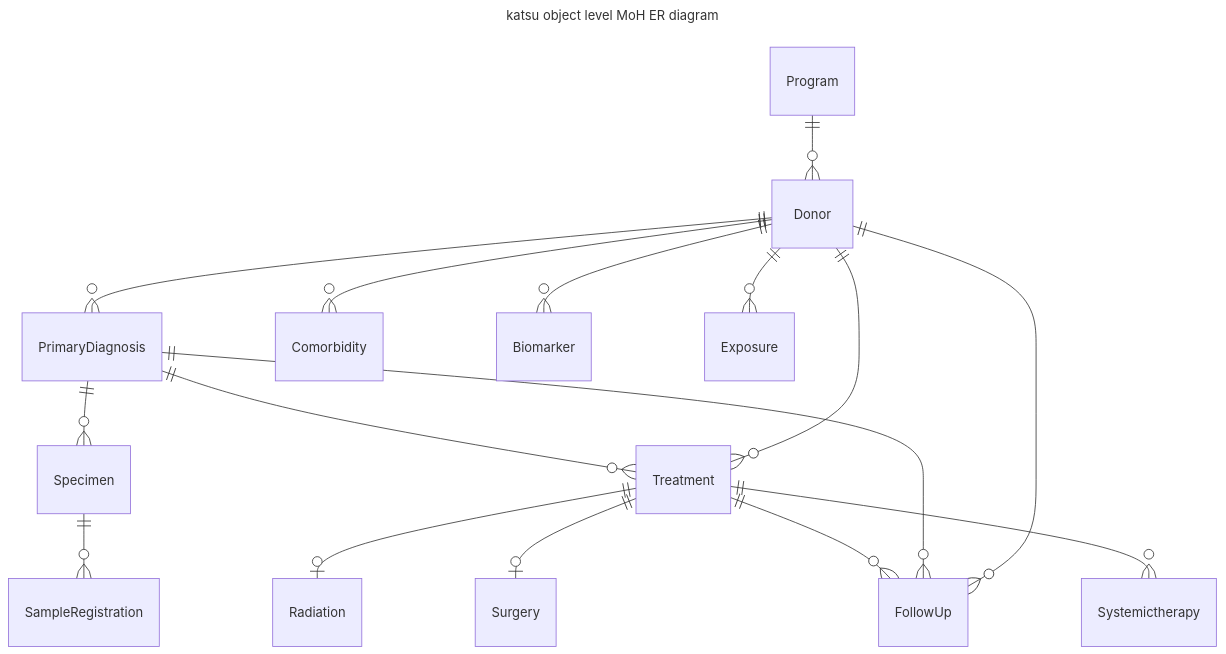
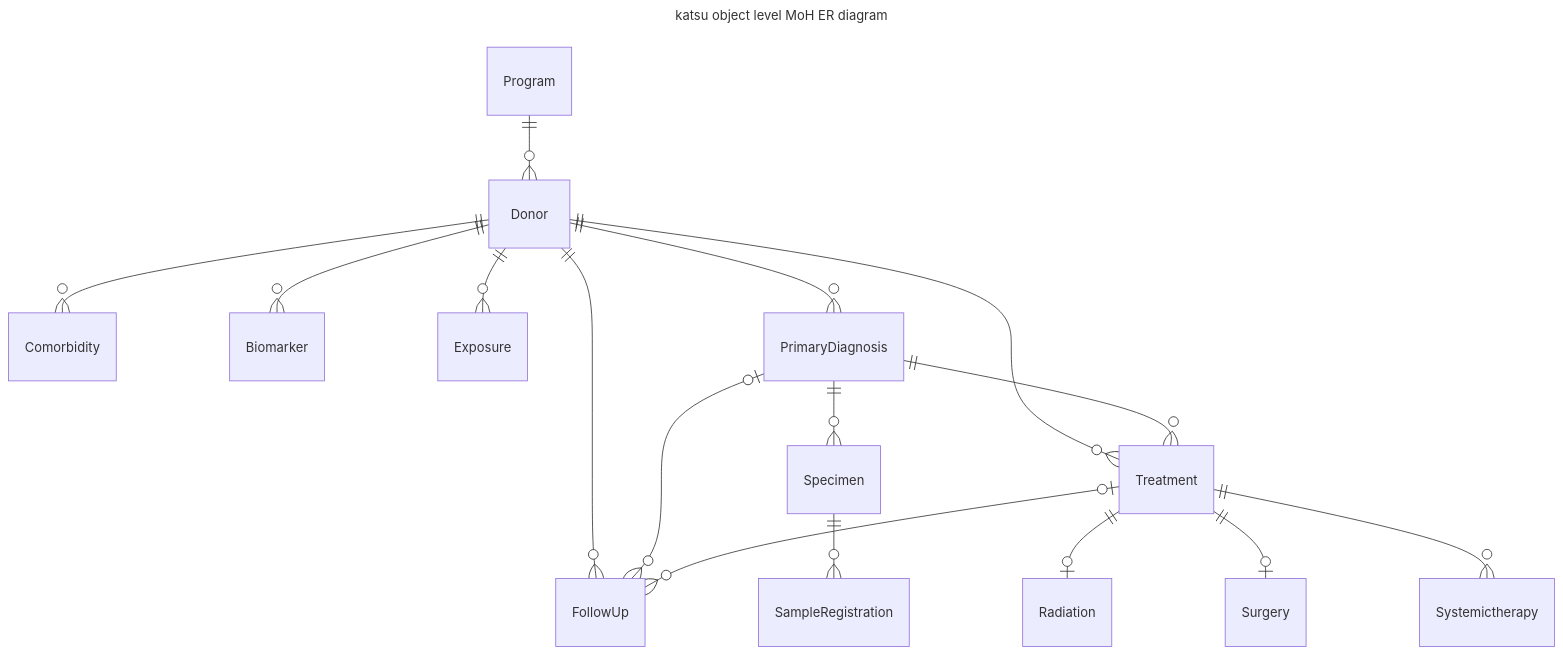
The first of 3 diagrams in README.md (CanDIG/katsu), drawn with Mermaid before and after one commit.

````diff
--- a/README.md
+++ b/README.md
@@ -198,23 +198,23 @@
 ```mermaid
 ---
 title: katsu object level MoH ER diagram
 ---
 erDiagram
 
 Program ||--o{ Donor : ""
-Donor ||--o{ PrimaryDiagnosis : ""
 Donor ||--o{ Comorbidity : ""
 Donor ||--o{ Biomarker : "" 
 Donor ||--o{ Exposure : "" 
 Donor ||--o{ FollowUp : "" 
+Donor ||--o{ PrimaryDiagnosis : ""
 Donor ||--o{ Treatment : "" 
 PrimaryDiagnosis ||--o{ Specimen : "" 
 PrimaryDiagnosis ||--o{ Treatment : "" 
-PrimaryDiagnosis ||--o{ FollowUp : "" 
+PrimaryDiagnosis o|--o{ FollowUp : ""
 Specimen ||--o{ SampleRegistration : "" 
 Treatment ||--o| Radiation : "" 
 Treatment ||--o| Surgery : "" 
 Treatment ||--o{ Systemictherapy : "" 
-Treatment ||--o{ FollowUp : "" 
+Treatment o|--o{ FollowUp : "" 
 
 ```
````
